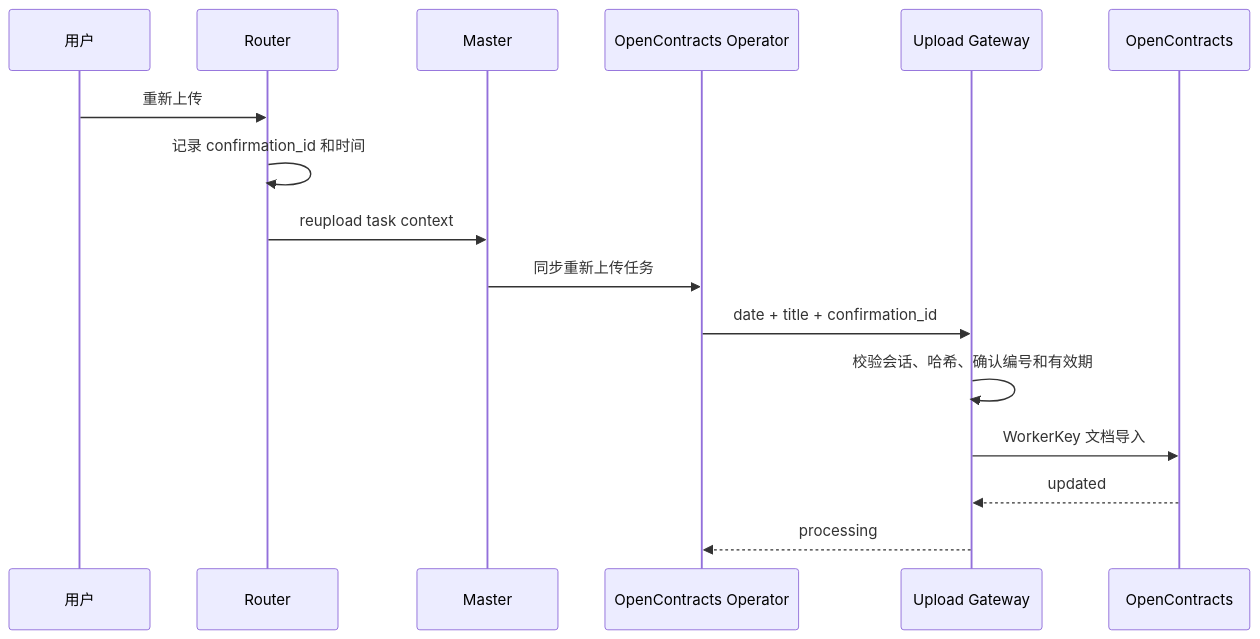
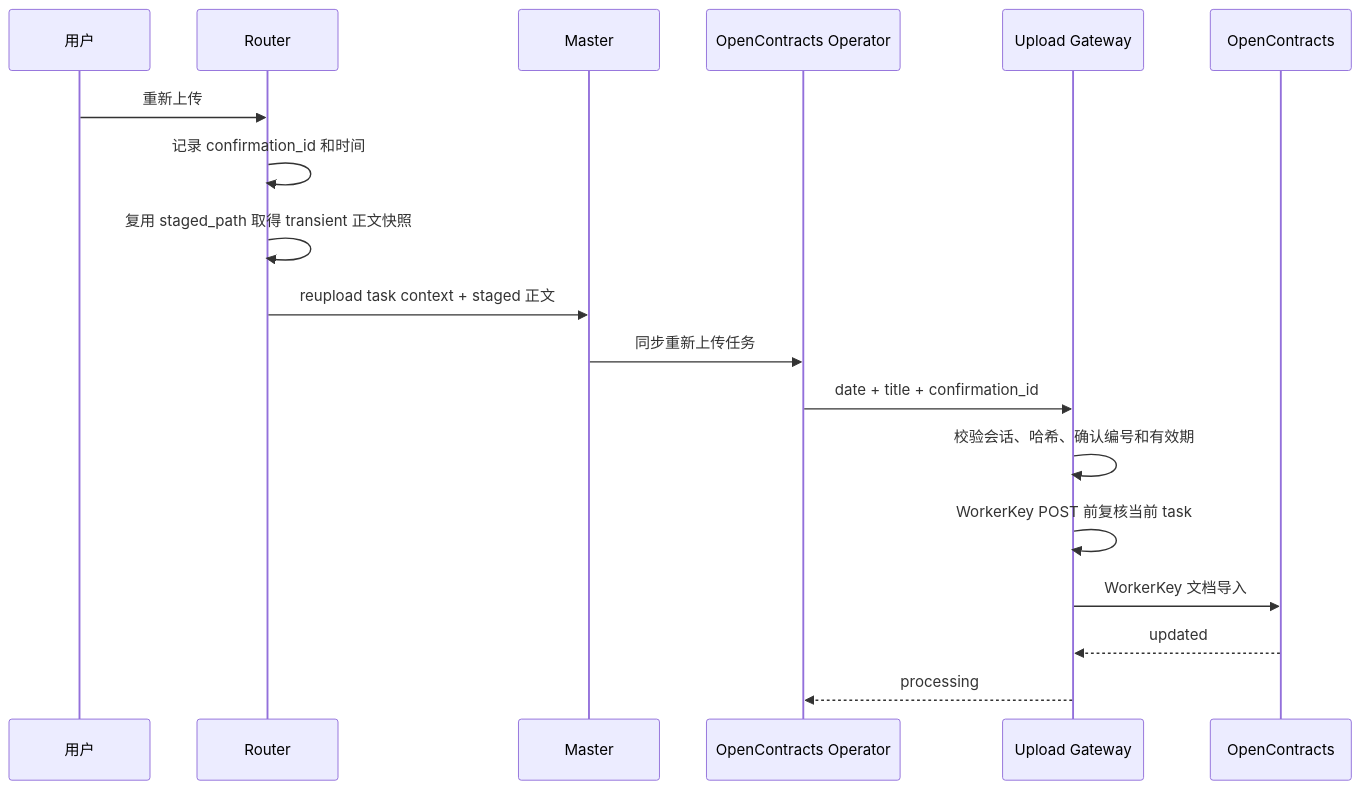
Before and after one commit to Ri0n72Y/ContractBotConfig: the sixth of 7 diagrams in docs/architecture/upload-sequence.md, drawn with Mermaid. The commit also changed other lines of this file and 52 other files, not shown here.

````diff
--- a/docs/architecture/upload-sequence.md
+++ b/docs/architecture/upload-sequence.md
@@ -111,19 +154,21 @@
 ```mermaid
 sequenceDiagram
     participant U as 用户
     participant R as Router
     participant M as Master
     participant O as OpenContracts Operator
     participant G as Upload Gateway
     participant OC as OpenContracts
 
     U->>R: 重新上传
     R->>R: 记录 confirmation_id 和时间
-    R->>M: reupload task context
+    R->>R: 复用 staged_path 取得 transient 正文快照
+    R->>M: reupload task context + staged 正文
     M->>O: 同步重新上传任务
     O->>G: date + title + confirmation_id
     G->>G: 校验会话、哈希、确认编号和有效期
+    G->>G: WorkerKey POST 前复核当前 task
     G->>OC: WorkerKey 文档导入
     OC-->>G: updated
     G-->>O: processing
 ```
````
